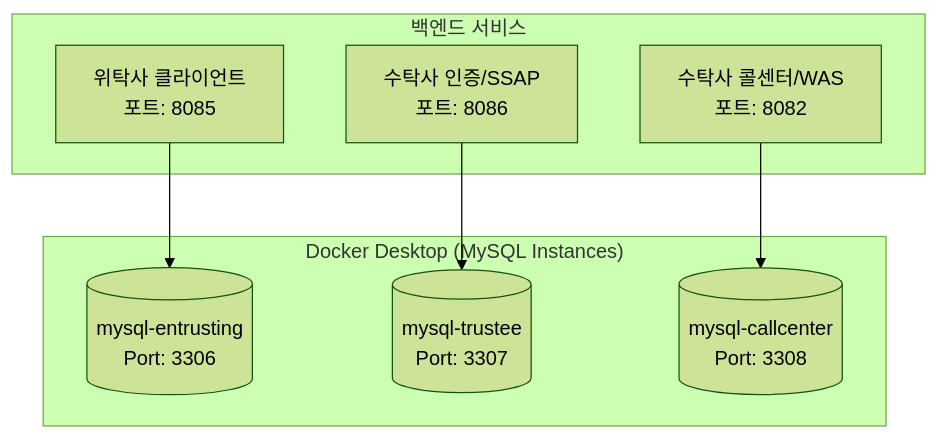
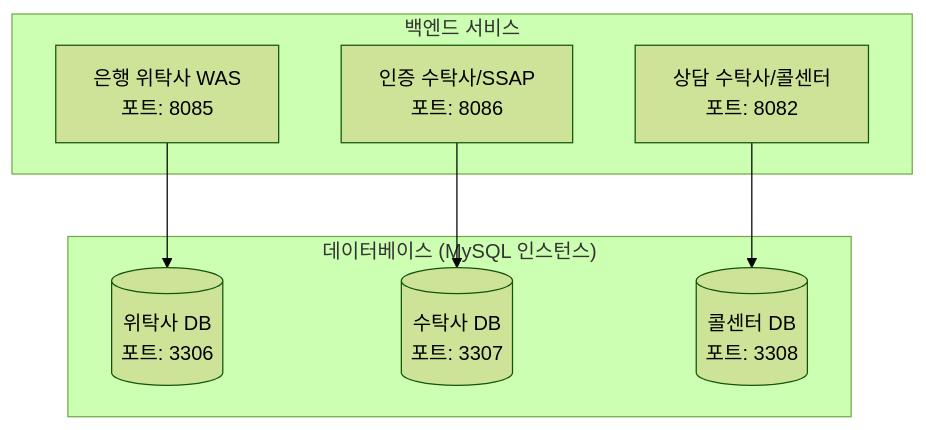
Before and after one commit to 11mia1717/homepage-project: the diagram in README.md, drawn with Mermaid (forest theme). The commit also changed other lines of this file and 4 other files, not shown here.

````diff
--- a/README.md
+++ b/README.md
@@ -29,18 +32,18 @@
 ```mermaid
 graph TD
-    subgraph "Docker Desktop (MySQL Instances)"
-        DB1[(mysql-entrusting<br/>Port: 3306)]
-        DB2[(mysql-trustee<br/>Port: 3307)]
-        DB3[(mysql-callcenter<br/>Port: 3308)]
+    subgraph "데이터베이스 (MySQL 인스턴스)"
+        DB1[(위탁사 DB<br/>포트: 3306)]
+        DB2[(수탁사 DB<br/>포트: 3307)]
+        DB3[(콜센터 DB<br/>포트: 3308)]
     end
 
     subgraph "백엔드 서비스"
-        SVC1[위탁사 클라이언트<br/>포트: 8085]
-        SVC2[수탁사 인증/SSAP<br/>포트: 8086]
-        SVC3[수탁사 콜센터/WAS<br/>포트: 8082]
+        SVC1[은행 위탁사 WAS<br/>포트: 8085]
+        SVC2[인증 수탁사/SSAP<br/>포트: 8086]
+        SVC3[상담 수탁사/콜센터<br/>포트: 8082]
     end
 
     SVC1 --> DB1
     SVC2 --> DB2
     SVC3 --> DB3
 ```
````
